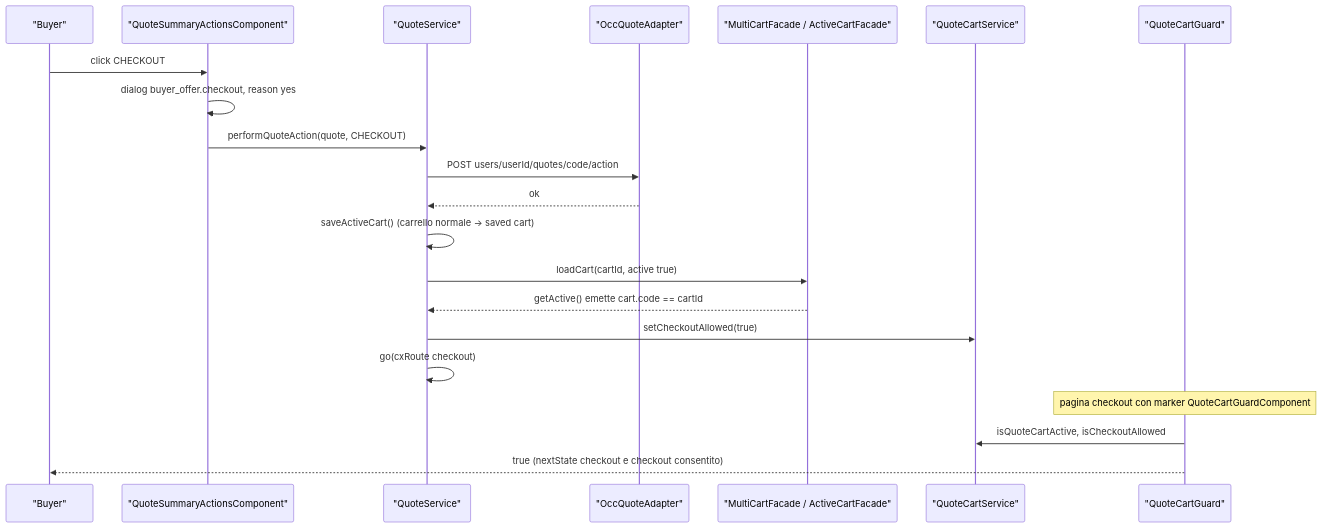
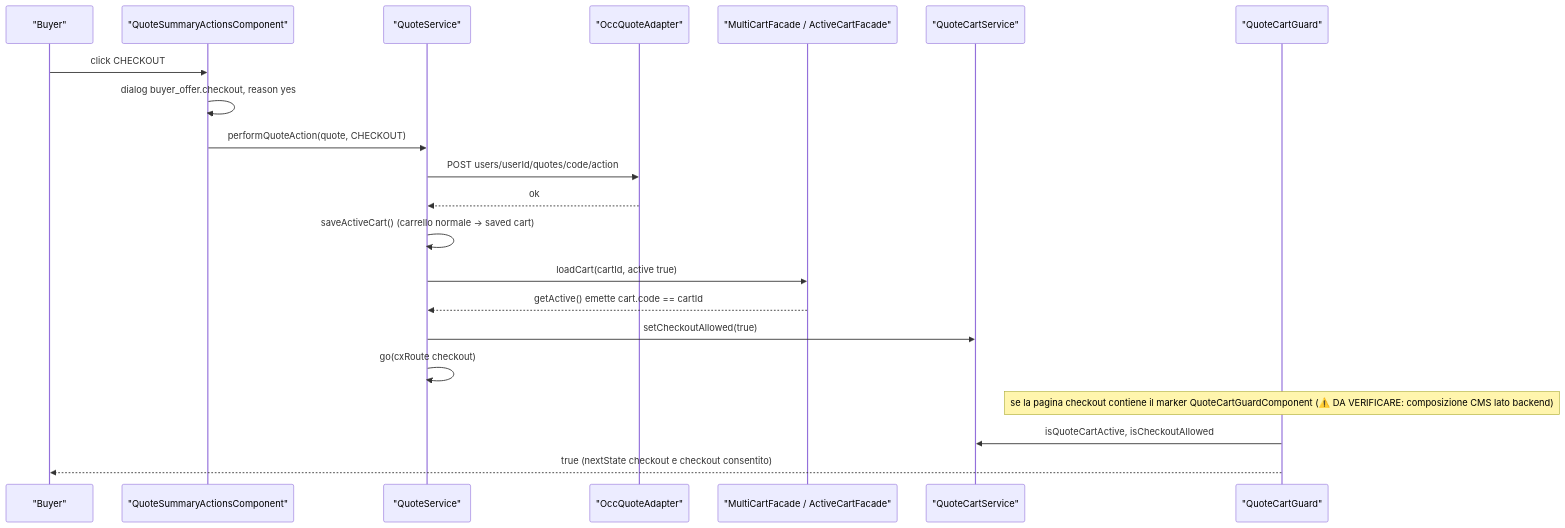
One commit to mgiuditta/spartacus changed the third of 5 diagrams in docs/spartacus-book/parte-2/31-quote-ticketing-subscription.md. Above: the diagram before and after it, drawn with Mermaid. The commit also changed other lines of this file and 10 other files, not shown here.

````diff
--- a/docs/spartacus-book/parte-2/31-quote-ticketing-subscription.md
+++ b/docs/spartacus-book/parte-2/31-quote-ticketing-subscription.md
@@ -322,23 +322,23 @@
 ```mermaid
 sequenceDiagram
   participant U as "Buyer"
   participant SA as "QuoteSummaryActionsComponent"
   participant QS as "QuoteService"
   participant OCC as "OccQuoteAdapter"
   participant MC as "MultiCartFacade / ActiveCartFacade"
   participant QC as "QuoteCartService"
   participant G as "QuoteCartGuard"
   U->>SA: click CHECKOUT
   SA->>SA: dialog buyer_offer.checkout, reason yes
   SA->>QS: performQuoteAction(quote, CHECKOUT)
   QS->>OCC: POST users/userId/quotes/code/action
   OCC-->>QS: ok
   QS->>QS: saveActiveCart() (carrello normale -> saved cart)
   QS->>MC: loadCart(cartId, active true)
   MC-->>QS: getActive() emette cart.code == cartId
   QS->>QC: setCheckoutAllowed(true)
   QS->>QS: go(cxRoute checkout)
-  Note over G: pagina checkout con marker QuoteCartGuardComponent
+  Note over G: se la pagina checkout contiene il marker QuoteCartGuardComponent (⚠️ DA VERIFICARE: composizione CMS lato backend)
   G->>QC: isQuoteCartActive, isCheckoutAllowed
   G-->>U: true (nextState checkout e checkout consentito)
 ```
````
